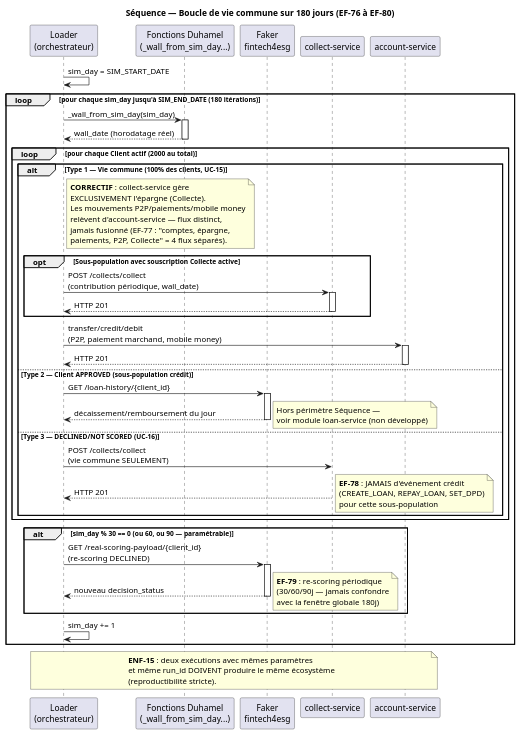
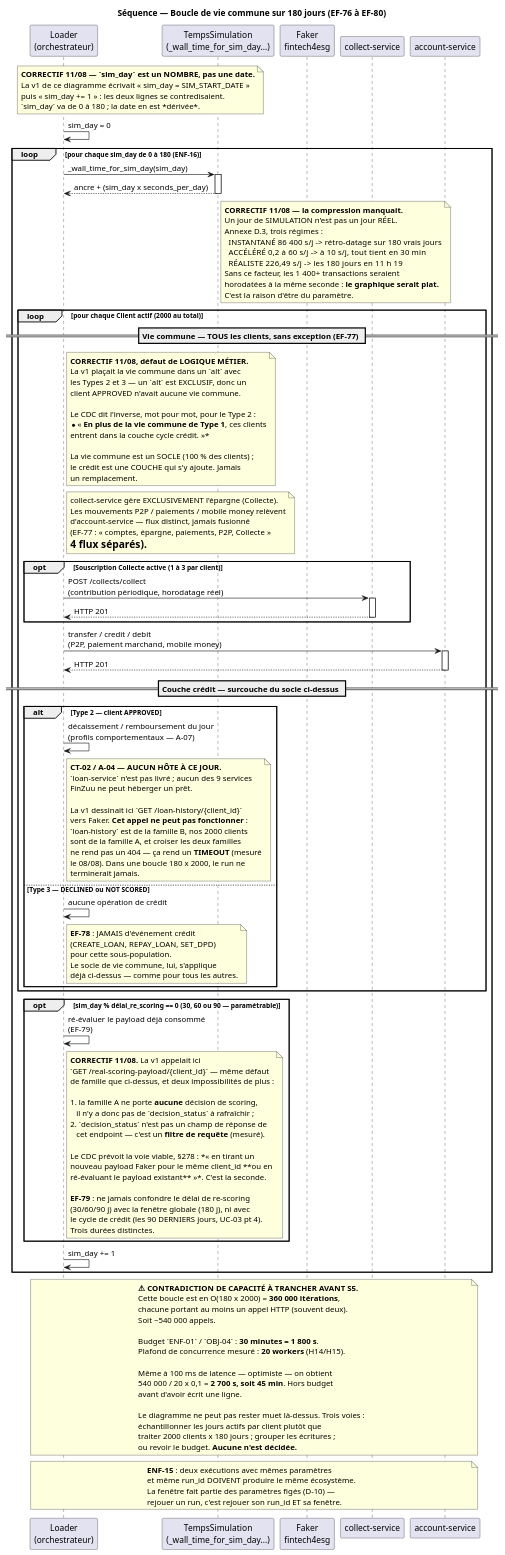
The diagram in docs/reference/uml_diagrams/04_sequence_180jours.puml (KuateAbdel/simulator-backend-loader), drawn with PlantUML before and after one commit. The commit also changed 3 other files, not shown here.

First line of the commit message:
fix(uml): revue des 5 diagrammes de sequence — un defaut de logique metier

```diff
--- a/docs/reference/uml_diagrams/04_sequence_180jours.puml
+++ b/docs/reference/uml_diagrams/04_sequence_180jours.puml
@@ -1,83 +1,160 @@
 @startuml Loader_FinZuu_Sequence_180Jours
 
 title Séquence — Boucle de vie commune sur 180 jours (EF-76 à EF-80)
 
 participant "Loader\n(orchestrateur)" as LDR
-participant "Fonctions Duhamel\n(_wall_from_sim_day...)" as DTF
+participant "TempsSimulation\n(_wall_time_for_sim_day...)" as DTF
 participant "Faker\nfintech4esg" as FAKER
 participant "collect-service" as COL
 participant "account-service" as ACC
 
-LDR -> LDR : sim_day = SIM_START_DATE
-loop pour chaque sim_day jusqu'à SIM_END_DATE (180 itérations)
+note over LDR, DTF
+  **CORRECTIF 11/08 — `sim_day` est un NOMBRE, pas une date.**
+  La v1 de ce diagramme écrivait « sim_day = SIM_START_DATE »
+  puis « sim_day += 1 » : les deux lignes se contredisaient.
+  `sim_day` va de 0 à 180 ; la date en est *dérivée*.
+end note
 
-  LDR -> DTF : _wall_from_sim_day(sim_day)
+LDR -> LDR : sim_day = 0
+loop pour chaque sim_day de 0 à 180 (ENF-16)
+
+  LDR -> DTF : _wall_time_for_sim_day(sim_day)
   activate DTF
-  DTF --> LDR : wall_date (horodatage réel)
+  DTF --> LDR : ancre + (sim_day x seconds_per_day)
   deactivate DTF
+
+  note right of DTF
+    **CORRECTIF 11/08 — la compression manquait.**
+    Un jour de SIMULATION n'est pas un jour RÉEL.
+    Annexe D.3, trois régimes :
+      INSTANTANÉ  86 400 s/j -> rétro-datage sur 180 vrais jours
+      ACCÉLÉRÉ    0,2 à 60 s/j -> à 10 s/j, tout tient en 30 min
+      RÉALISTE    226,49 s/j -> les 180 jours en 11 h 19
+    Sans ce facteur, les 1 400+ transactions seraient
+    horodatées à la même seconde : **le graphique serait plat.**
+    C'est la raison d'être du paramètre.
+  end note
 
   loop pour chaque Client actif (2000 au total)
 
-    alt Type 1 — Vie commune (100% des clients, UC-15)
+    == Vie commune — TOUS les clients, sans exception (EF-77) ==
+
+    note right of LDR
+      **CORRECTIF 11/08, défaut de LOGIQUE MÉTIER.**
+      La v1 plaçait la vie commune dans un `alt` avec
+      les Types 2 et 3 — un `alt` est EXCLUSIF, donc un
+      client APPROVED n'avait aucune vie commune.
+
+      Le CDC dit l'inverse, mot pour mot, pour le Type 2 :
+      *« **En plus de la vie commune de Type 1**, ces clients
+      entrent dans la couche cycle crédit. »*
+
+      La vie commune est un SOCLE (100 % des clients) ;
+      le crédit est une COUCHE qui s'y ajoute. Jamais
+      un remplacement.
+    end note
+
+    note right of LDR
+      collect-service gère EXCLUSIVEMENT l'épargne (Collecte).
+      Les mouvements P2P / paiements / mobile money relèvent
+      d'account-service — flux distinct, jamais fusionné
+      (EF-77 : « comptes, épargne, paiements, P2P, Collecte »
+      = 4 flux séparés).
+    end note
+
+    opt Souscription Collecte active (1 à 3 par client)
+      LDR -> COL : POST /collects/collect\n(contribution périodique, horodatage réel)
+      activate COL
+      COL --> LDR : HTTP 201
+      deactivate COL
+    end
+
+    LDR -> ACC : transfer / credit / debit\n(P2P, paiement marchand, mobile money)
+    activate ACC
+    ACC --> LDR : HTTP 201
+    deactivate ACC
+
+    == Couche crédit — surcouche du socle ci-dessus ==
+
+    alt Type 2 — client APPROVED
+      LDR -> LDR : décaissement / remboursement du jour\n(profils comportementaux — A-07)
       note right of LDR
-        **CORRECTIF** : collect-service gère
-        EXCLUSIVEMENT l'épargne (Collecte).
-        Les mouvements P2P/paiements/mobile money
-        relèvent d'account-service — flux distinct,
-        jamais fusionné (EF-77 : "comptes, épargne,
-        paiements, P2P, Collecte" = 4 flux séparés).
+        **CT-02 / A-04 — AUCUN HÔTE À CE JOUR.**
+        `loan-service` n'est pas livré ; aucun des 9 services
+        FinZuu ne peut héberger un prêt.
+
+        La v1 dessinait ici `GET /loan-history/{client_id}`
+        vers Faker. **Cet appel ne peut pas fonctionner** :
+        `loan-history` est de la famille B, nos 2000 clients
+        sont de la famille A, et croiser les deux familles
+        ne rend pas un 404 — ça rend un **TIMEOUT** (mesuré
+        le 08/08). Dans une boucle 180 x 2000, le run ne
+        terminerait jamais.
       end note
 
-      opt Sous-population avec souscription Collecte active
-        LDR -> COL : POST /collects/collect\n(contribution périodique, wall_date)
-        activate COL
-        COL --> LDR : HTTP 201
-        deactivate COL
-      end
-
-      LDR -> ACC : transfer/credit/debit\n(P2P, paiement marchand, mobile money)
-      activate ACC
-      ACC --> LDR : HTTP 201
-      deactivate ACC
-
-    else Type 2 — Client APPROVED (sous-population crédit)
-      LDR -> FAKER : GET /loan-history/{client_id}
-      activate FAKER
-      FAKER --> LDR : décaissement/remboursement du jour
-      deactivate FAKER
-      note right : Hors périmètre Séquence —\nvoir module loan-service (non développé)
-
-    else Type 3 — DECLINED/NOT SCORED (UC-16)
-      LDR -> COL : POST /collects/collect\n(vie commune SEULEMENT)
-      COL --> LDR : HTTP 201
-      note right
+    else Type 3 — DECLINED ou NOT SCORED
+      LDR -> LDR : aucune opération de crédit
+      note right of LDR
         **EF-78** : JAMAIS d'événement crédit
         (CREATE_LOAN, REPAY_LOAN, SET_DPD)
-        pour cette sous-population
+        pour cette sous-population.
+        Le socle de vie commune, lui, s'applique
+        déjà ci-dessus — comme pour tous les autres.
       end note
     end
 
   end
 
-  alt sim_day % 30 == 0 (ou 60, ou 90 — paramétrable)
-    LDR -> FAKER : GET /real-scoring-payload/{client_id}\n(re-scoring DECLINED)
-    activate FAKER
-    FAKER --> LDR : nouveau decision_status
-    deactivate FAKER
-    note right
-      **EF-79** : re-scoring périodique
-      (30/60/90j — jamais confondre
-      avec la fenêtre globale 180j)
+  opt sim_day % délai_re_scoring == 0 (30, 60 ou 90 — paramétrable)
+    LDR -> LDR : ré-évaluer le payload déjà consommé\n(EF-79)
+    note right of LDR
+      **CORRECTIF 11/08.** La v1 appelait ici
+      `GET /real-scoring-payload/{client_id}` — même défaut
+      de famille que ci-dessus, et deux impossibilités de plus :
+
+      1. la famille A ne porte **aucune** décision de scoring,
+         il n'y a donc pas de `decision_status` à rafraîchir ;
+      2. `decision_status` n'est pas un champ de réponse de
+         cet endpoint — c'est un **filtre de requête** (mesuré).
+
+      Le CDC prévoit la voie viable, §278 : *« en tirant un
+      nouveau payload Faker pour le même client_id **ou en
+      ré-évaluant le payload existant** »*. C'est la seconde.
+
+      **EF-79** : ne jamais confondre le délai de re-scoring
+      (30/60/90 j) avec la fenêtre globale (180 j), ni avec
+      le cycle de crédit (les 90 DERNIERS jours, UC-03 pt 4).
+      Trois durées distinctes.
     end note
   end
 
   LDR -> LDR : sim_day += 1
 end
 
 note over LDR, ACC
+  **⚠ CONTRADICTION DE CAPACITÉ À TRANCHER AVANT S5.**
+  Cette boucle est en O(180 x 2000) = **360 000 itérations**,
+  chacune portant au moins un appel HTTP (souvent deux).
+  Soit ~540 000 appels.
+
+  Budget `ENF-01` / `OBJ-04` : **30 minutes = 1 800 s**.
+  Plafond de concurrence mesuré : **20 workers** (H14/H15).
+
+  Même à 100 ms de latence — optimiste — on obtient
+  540 000 / 20 x 0,1 = **2 700 s, soit 45 min**. Hors budget
+  avant d'avoir écrit une ligne.
+
+  Le diagramme ne peut pas rester muet là-dessus. Trois voies :
+  échantillonner les jours actifs par client plutôt que
+  traiter 2000 clients x 180 jours ; grouper les écritures ;
+  ou revoir le budget. **Aucune n'est décidée.**
+end note
+
+note over LDR, ACC
   **ENF-15** : deux exécutions avec mêmes paramètres
-  et même run_id DOIVENT produire le même écosystème
-  (reproductibilité stricte).
+  et même run_id DOIVENT produire le même écosystème.
+  La fenêtre fait partie des paramètres figés (D-10) —
+  rejouer un run, c'est rejouer son run_id ET sa fenêtre.
 end note
 
 @enduml
```
